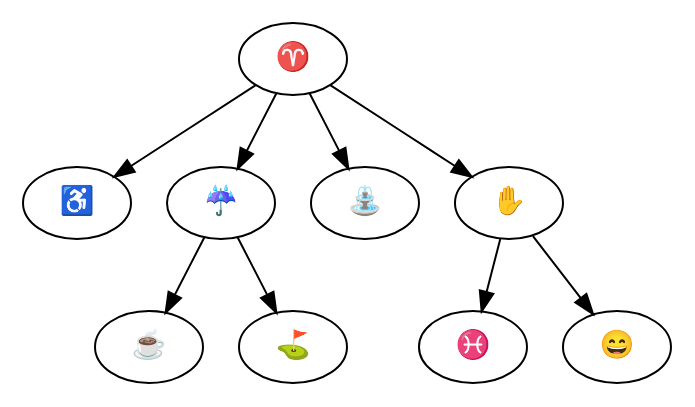
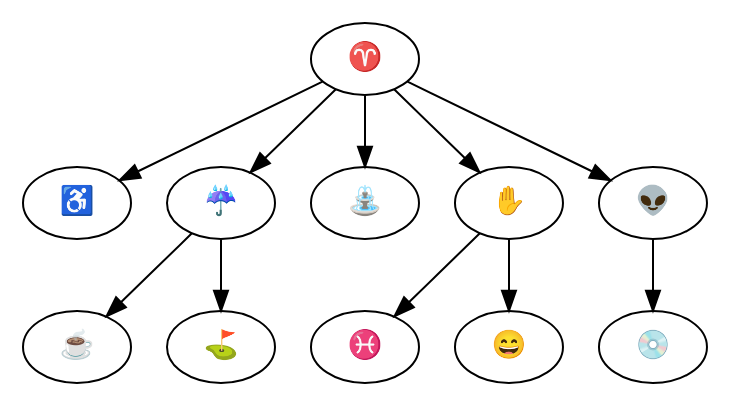
One commit to gml4gtk/gml4gtk changed the diagram in data/emoji-chars.gv. Above: the diagram before and after it, drawn with Graphviz. The commit also changed 225 other files, not shown here.

```diff
--- a/data/emoji-chars.gv
+++ b/data/emoji-chars.gv
@@ -1,26 +1,31 @@
 /* gml4gtk uses pango lib which support use of emoji chars defined at
  * https://unicode.org/emoji/charts/full-emoji-list.html
+https://www.w3schools.com/charsets/ref_emoji.asp
  * What is possible depends on font and what the pango lib can draw
  * https://pango.gnome.org/
  * https://docs.gtk.org/Pango/
  */
 digraph emoji
 {
 1[label="♈"];
 2[label="♿"];
 3[label="☔ "];
 4[label="⛲"];
 5[label="✋"];
 6[label="☕"];
 7[label="⛳"];
 8[label=" ♓"];
 9[label="😄"];
+10[label="👽"];
+11[label="💿"];
 1->2;
 1->3;
 1->4;
 1->5;
+1->10;
+10->11;
 3->6;
 3->7;
 5->8;
 5->9;
 }
```
